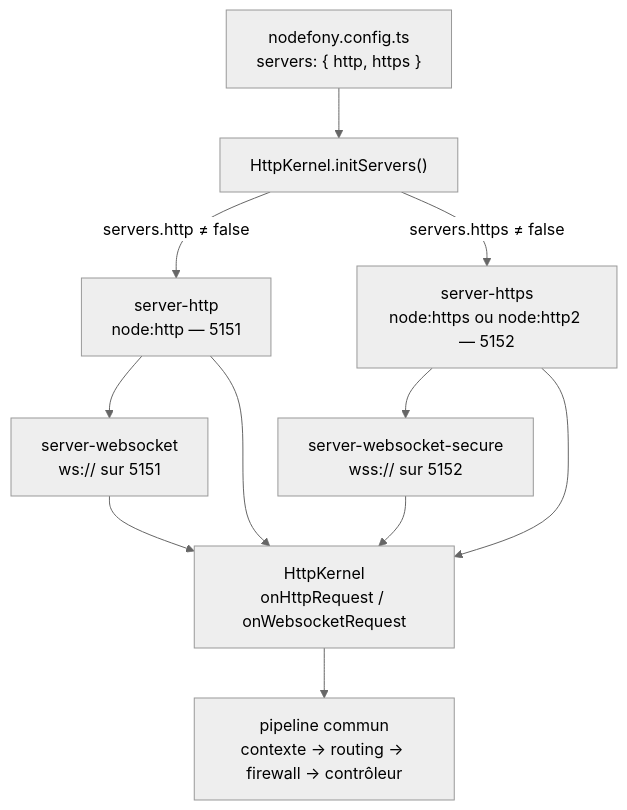
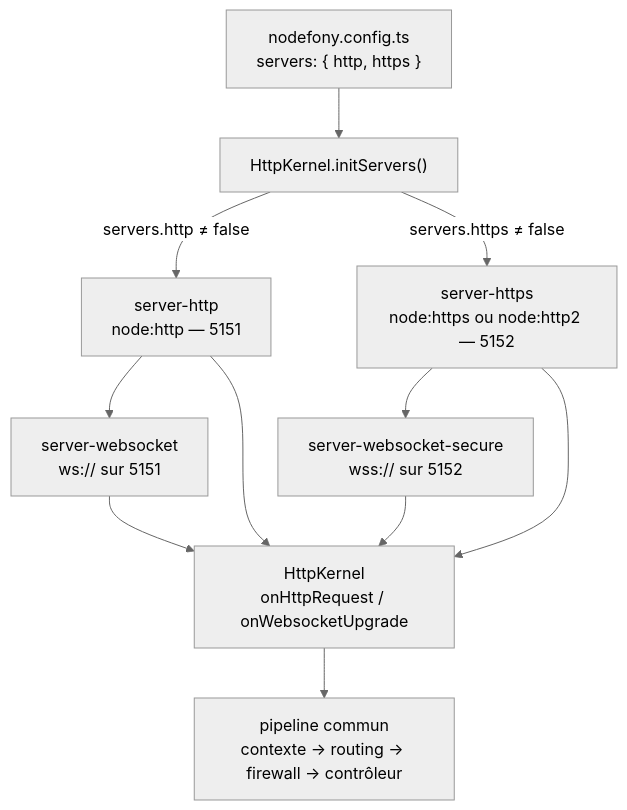
One commit to nodefony/nodefony-core changed the first of 2 diagrams in src/packages/@nodefony/http/docs/servers.md. Above: the diagram before and after it, drawn with Mermaid (neutral theme). The commit also changed other lines of this file and 40 other files, not shown here.

````diff
--- a/src/packages/@nodefony/http/docs/servers.md
+++ b/src/packages/@nodefony/http/docs/servers.md
@@ -47,13 +47,13 @@
 ```mermaid
 flowchart TD
   CFG["nodefony.config.ts<br/>servers: { http, https }"] --> INIT["HttpKernel.initServers()"]
   INIT -->|"servers.http ≠ false"| SH["server-http<br/>node:http — 5151"]
   INIT -->|"servers.https ≠ false"| SS["server-https<br/>node:https ou node:http2 — 5152"]
   SH --> WS["server-websocket<br/>ws:// sur 5151"]
   SS --> WSS["server-websocket-secure<br/>wss:// sur 5152"]
-  SH --> HK["HttpKernel<br/>onHttpRequest / onWebsocketRequest"]
+  SH --> HK["HttpKernel<br/>onHttpRequest / onWebsocketUpgrade"]
   SS --> HK
   WS --> HK
   WSS --> HK
   HK --> PIPE["pipeline commun<br/>contexte → routing → firewall → contrôleur"]
 ```
````
